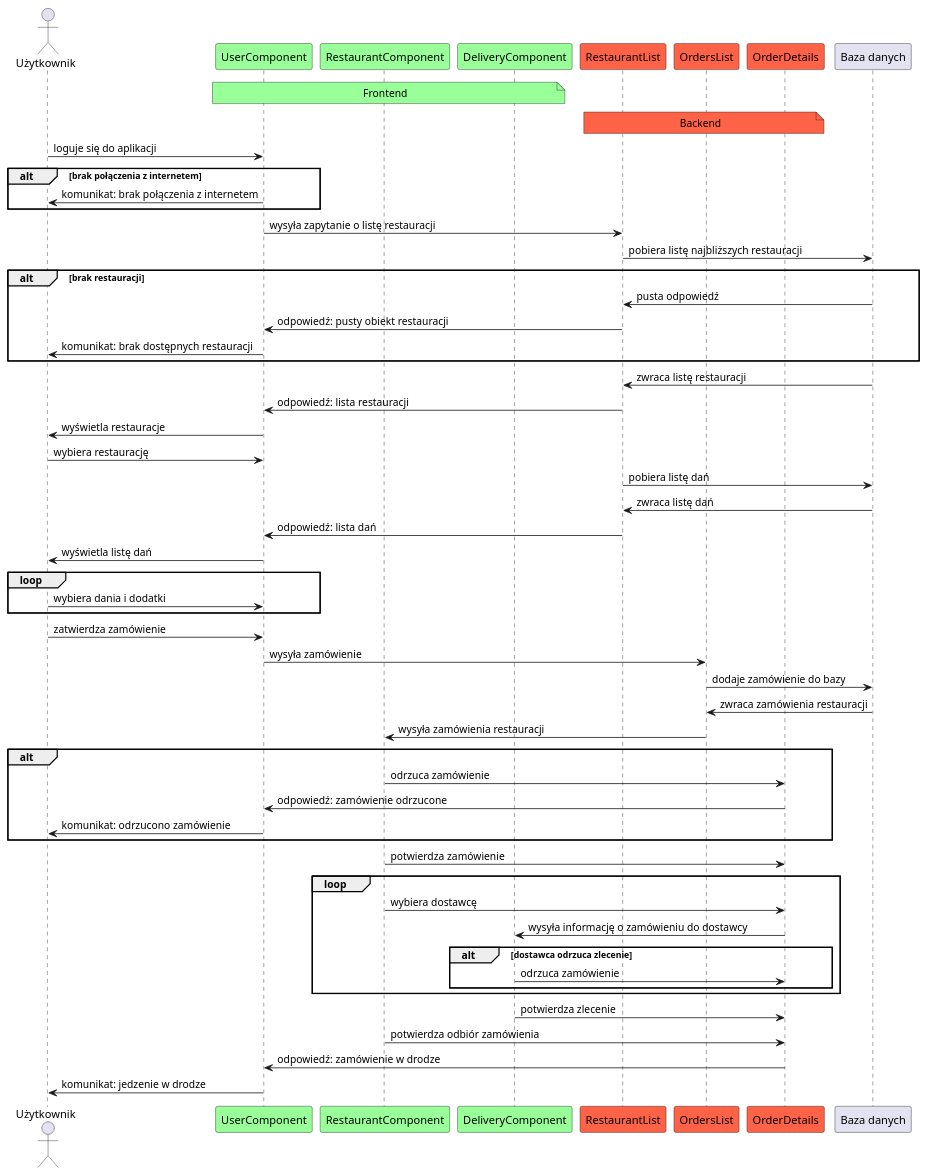
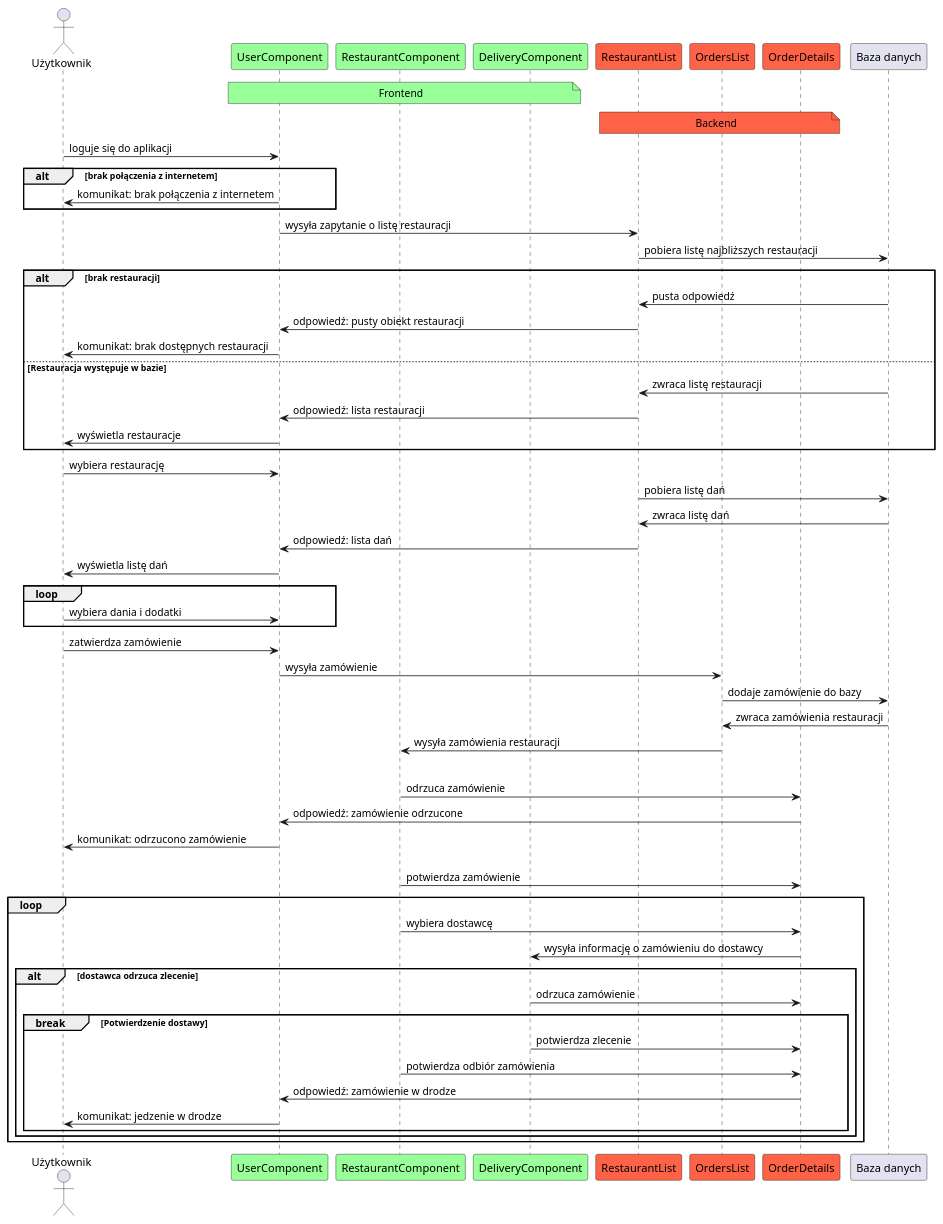
One commit to amelinium23/food-ordering-and-delivering-service changed the diagram in docs/order_sequence.md. Above: the diagram before and after it, drawn with PlantUML. The commit also changed 4 other files, not shown here.

Commit message:
Diagrams fixed!

````diff
--- a/docs/order_sequence.md
+++ b/docs/order_sequence.md
@@ -1,67 +1,68 @@
 ```plantuml
 @startuml order
 actor Użytkownik as user
 
 participant UserComponent as userview #99FF99
 participant RestaurantComponent as rest #99FF99
 participant DeliveryComponent as courier #99FF99
 participant RestaurantList as restaurantList #FF6347
 participant OrdersList as orderlist #FF6347
 participant OrderDetails as orderdetails #FF6347
 participant "Baza danych" as db
 note over userview, courier #99FF99
 Frontend
 end note
 note over restaurantList, orderdetails #FF6347
 Backend
 end note
 
 user -> userview : loguje się do aplikacji
 alt brak połączenia z internetem
     user <- userview : komunikat: brak połączenia z internetem
 end
 userview -> restaurantList : wysyła zapytanie o listę restauracji
 restaurantList -> db : pobiera listę najbliższych restauracji
 alt brak restauracji
     restaurantList <- db : pusta odpowiedź
     userview <- restaurantList : odpowiedź: pusty obiekt restauracji
     user <- userview : komunikat: brak dostępnych restauracji
+    else Restauracja występuje w bazie
+        db -> restaurantList : zwraca listę restauracji
+        restaurantList -> userview : odpowiedź: lista restauracji
+        userview -> user : wyświetla restauracje
 end
 
-
-db -> restaurantList : zwraca listę restauracji
-restaurantList -> userview : odpowiedź: lista restauracji
-userview -> user : wyświetla restauracje
 user -> userview : wybiera restaurację
 db <- restaurantList  : pobiera listę dań
 db -> restaurantList : zwraca listę dań
 restaurantList -> userview : odpowiedź: lista dań
 user <- userview : wyświetla listę dań
 loop
     user -> userview : wybiera dania i dodatki
 end
 user -> userview: zatwierdza zamówienie
 userview -> orderlist : wysyła zamówienie
 orderlist -> db : dodaje zamówienie do bazy
 db -> orderlist : zwraca zamówienia restauracji
 orderlist -> rest : wysyła zamówienia restauracji
 alt
-orderdetails <- rest : odrzuca zamówienie
-orderdetails -> userview : odpowiedź: zamówienie odrzucone
-userview -> user : komunikat: odrzucono zamówienie
-end
-orderdetails <- rest : potwierdza zamówienie
-loop
+    orderdetails <- rest : odrzuca zamówienie
+    orderdetails -> userview : odpowiedź: zamówienie odrzucone
+    userview -> user : komunikat: odrzucono zamówienie
+else Potwierdzenie zamówienia
+    orderdetails <- rest : potwierdza zamówienie
+    loop
     rest -> orderdetails : wybiera dostawcę
     orderdetails -> courier : wysyła informację o zamówieniu do dostawcy
     alt dostawca odrzuca zlecenie
     courier -> orderdetails : odrzuca zamówienie
+    break Potwierdzenie dostawy
+        courier -> orderdetails : potwierdza zlecenie
+        rest -> orderdetails : potwierdza odbiór zamówienia
+        userview <- orderdetails : odpowiedź: zamówienie w drodze
+        userview -> user : komunikat: jedzenie w drodze
+    end
+    end
 end
-end
-
-courier -> orderdetails : potwierdza zlecenie
-rest -> orderdetails : potwierdza odbiór zamówienia
-userview <- orderdetails : odpowiedź: zamówienie w drodze
-userview -> user : komunikat: jedzenie w drodze
 @enduml
 ```
````
